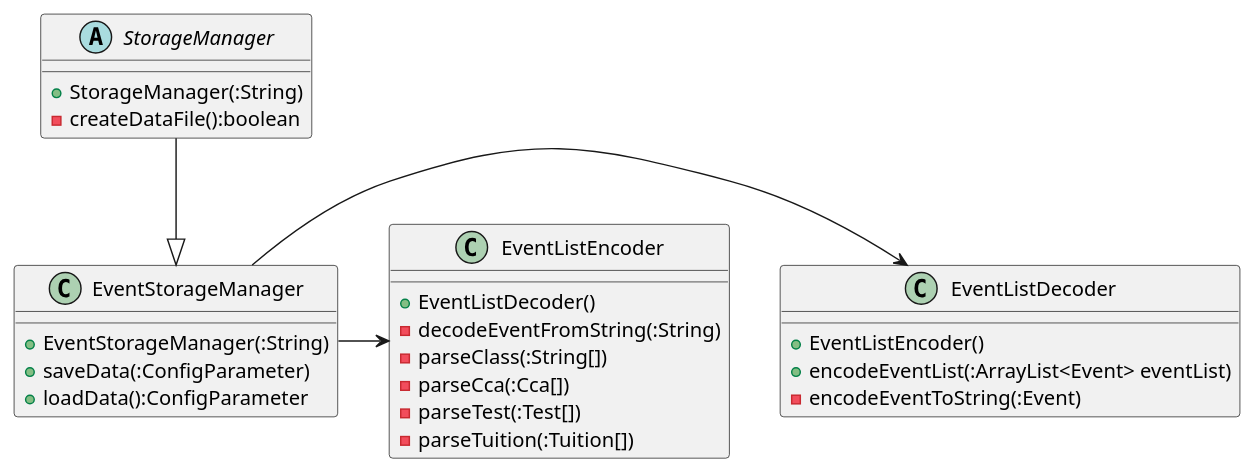
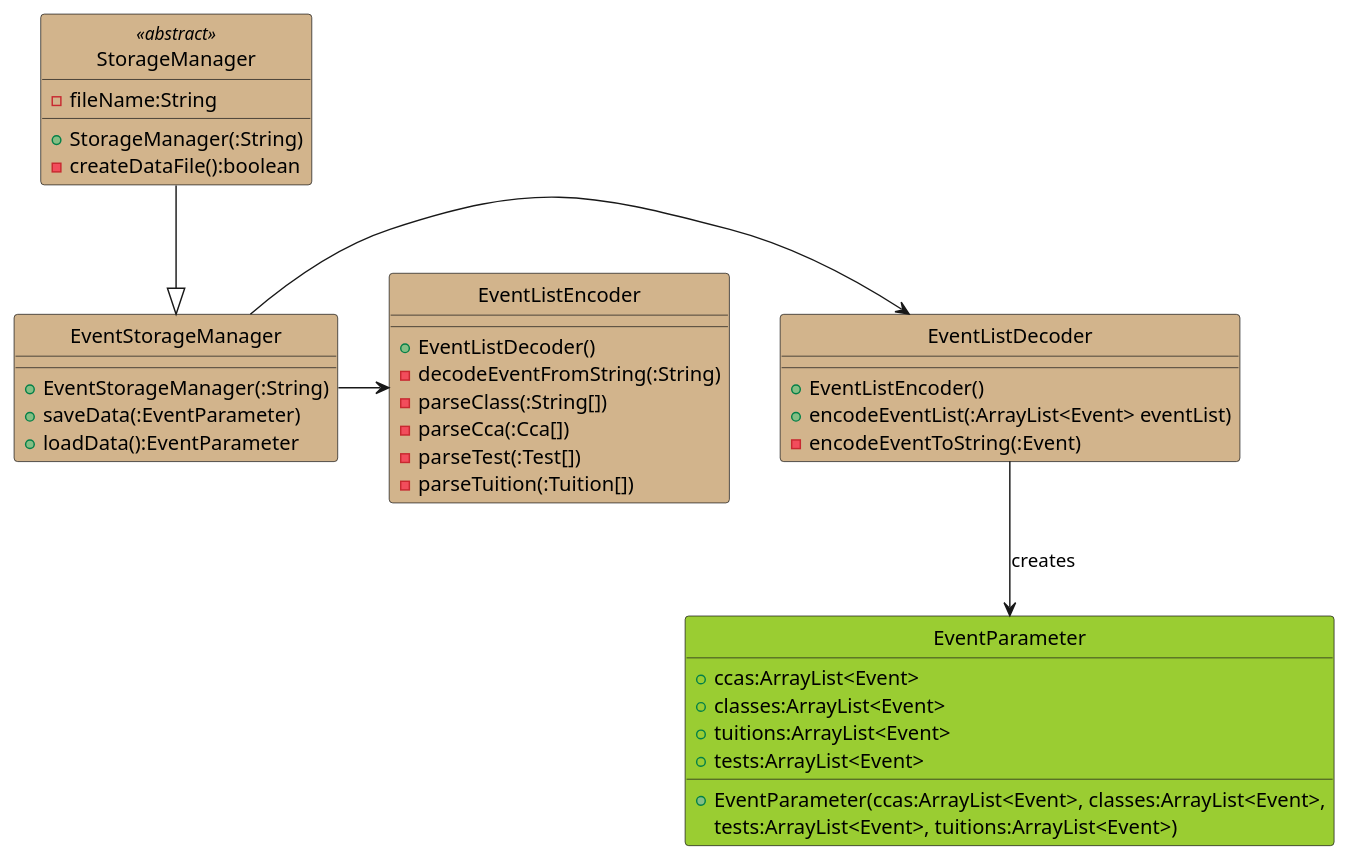
The diagram in docs/diagram/EventStorageManager.puml (untitle4/tp), drawn with PlantUML before and after one commit.

Commit message:
Revise EventStorageManager.puml

```diff
--- a/docs/diagram/EventStorageManager.puml
+++ b/docs/diagram/EventStorageManager.puml
@@ -1,35 +1,48 @@
 @startuml
+hide circles
 
-abstract class StorageManager {
+class StorageManager <<abstract>> #Tan {
+    - fileName:String
     + StorageManager(:String)
     - createDataFile():boolean
 }
 
-class EventStorageManager {
+class EventStorageManager #Tan {
     + EventStorageManager(:String)
-    + saveData(:ConfigParameter)
-    + loadData():ConfigParameter
+    + saveData(:EventParameter)
+    + loadData():EventParameter
 }
 
 StorageManager --|> EventStorageManager
 
-class EventListDecoder {
+class EventListDecoder #Tan {
     + EventListEncoder()
     + encodeEventList(:ArrayList<Event> eventList)
     - encodeEventToString(:Event)
 }
 
 EventStorageManager -> EventListDecoder
 
-class EventListEncoder {
+class EventListEncoder #Tan {
     + EventListDecoder()
     - decodeEventFromString(:String)
     - parseClass(:String[])
     - parseCca(:Cca[])
     - parseTest(:Test[])
     - parseTuition(:Tuition[])
 }
 
 EventStorageManager -> EventListEncoder
 
+class EventParameter #YellowGreen {
+    + ccas:ArrayList<Event>
+    + classes:ArrayList<Event>
+    + tuitions:ArrayList<Event>
+    + tests:ArrayList<Event>
+    + EventParameter(ccas:ArrayList<Event>, classes:ArrayList<Event>,
+    tests:ArrayList<Event>, tuitions:ArrayList<Event>)
+}
+
+EventListDecoder --> EventParameter : creates
+
 @enduml
```
